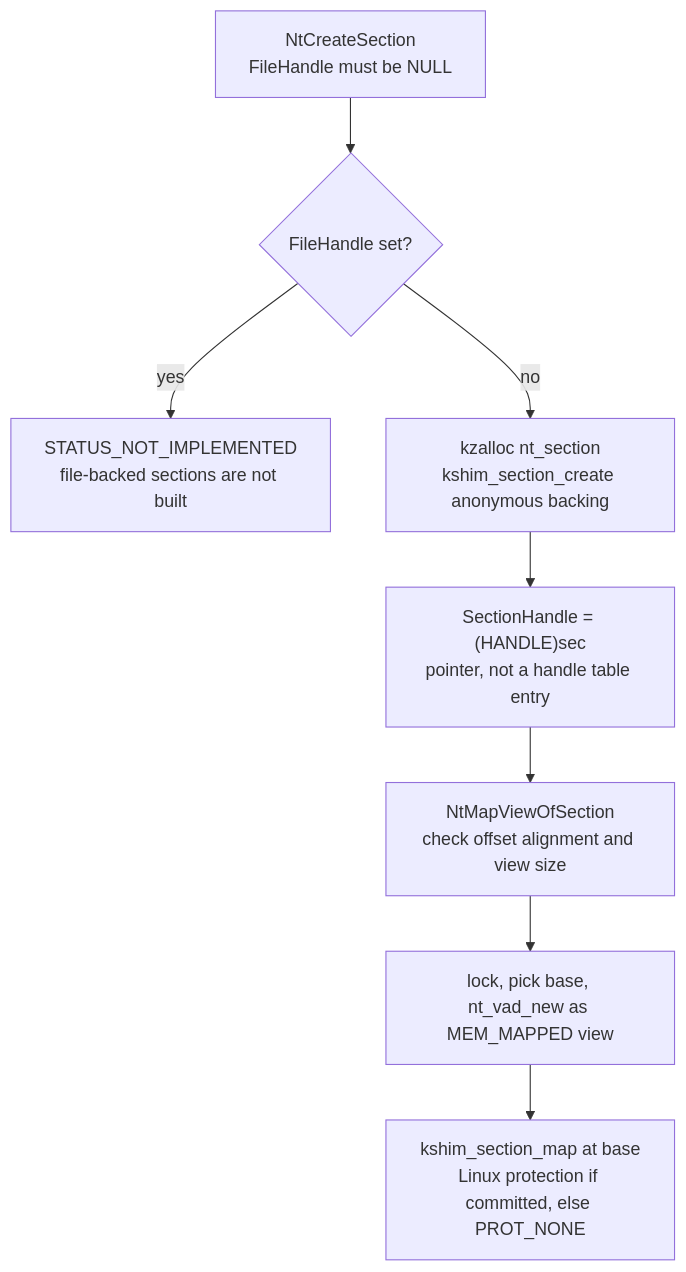
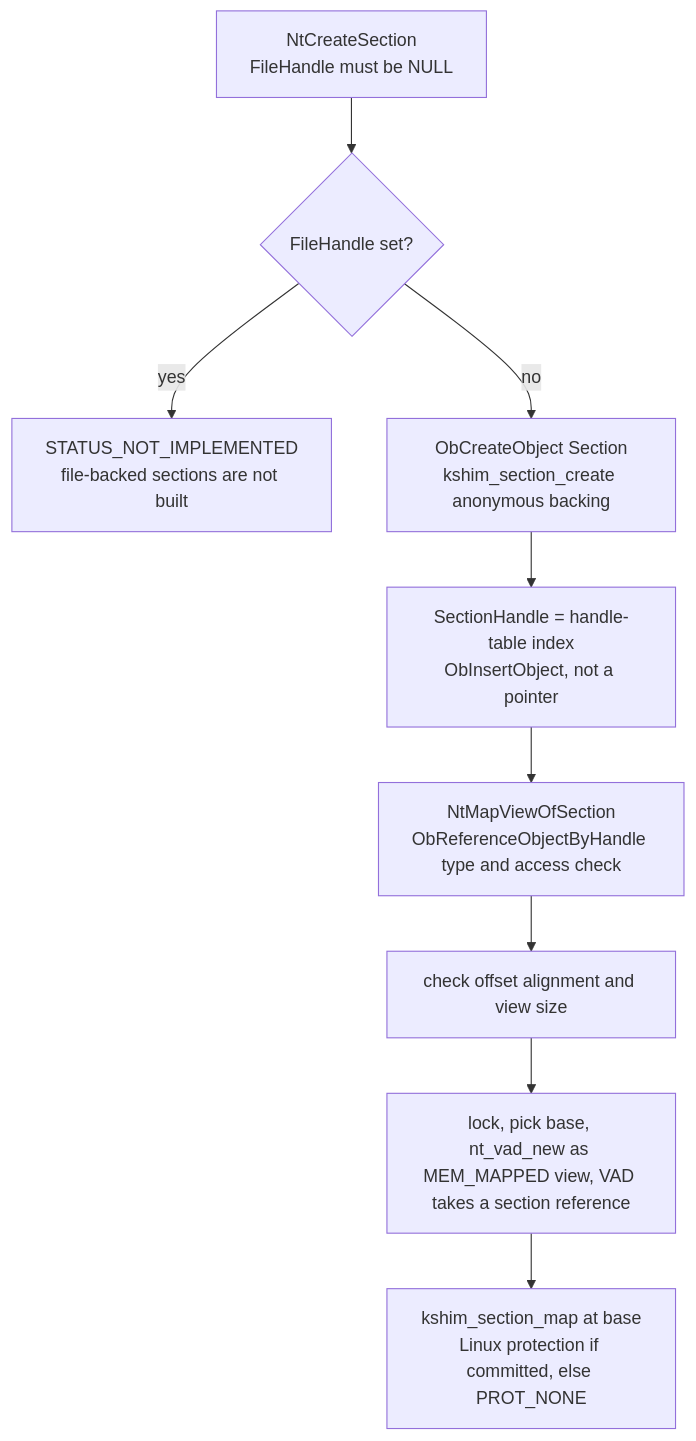
Before and after one commit to JacksonSibold/linux-nt-personality: the third of 3 diagrams in docs/architecture/memory.md, drawn with Mermaid. The commit also changed other lines of this file and 7 other files, not shown here.

````diff
--- a/docs/architecture/memory.md
+++ b/docs/architecture/memory.md
@@ -75,10 +75,11 @@
 ```mermaid
 flowchart TD
     CS["NtCreateSection<br/>FileHandle must be NULL"] --> FH{"FileHandle set?"}
     FH -->|yes| NI["STATUS_NOT_IMPLEMENTED<br/>file-backed sections are not built"]
-    FH -->|no| SZ["kzalloc nt_section<br/>kshim_section_create anonymous backing"]
-    SZ --> HD["SectionHandle = (HANDLE)sec<br/>pointer, not a handle table entry"]
-    HD --> MV["NtMapViewOfSection<br/>check offset alignment and view size"]
-    MV --> VAD["lock, pick base, nt_vad_new as MEM_MAPPED view"]
+    FH -->|no| SZ["ObCreateObject Section<br/>kshim_section_create anonymous backing"]
+    SZ --> HD["SectionHandle = handle-table index<br/>ObInsertObject, not a pointer"]
+    HD --> MV["NtMapViewOfSection<br/>ObReferenceObjectByHandle type and access check"]
+    MV --> OF["check offset alignment and view size"]
+    OF --> VAD["lock, pick base, nt_vad_new as MEM_MAPPED view, VAD takes a section reference"]
     VAD --> MAP["kshim_section_map at base<br/>Linux protection if committed, else PROT_NONE"]
 ```
````
